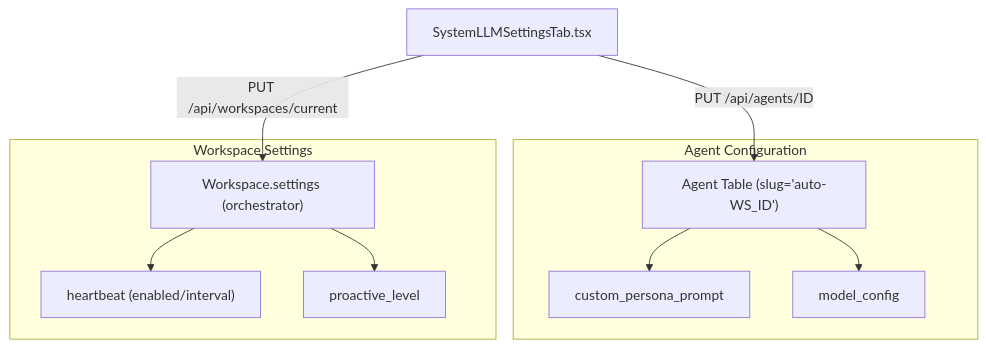
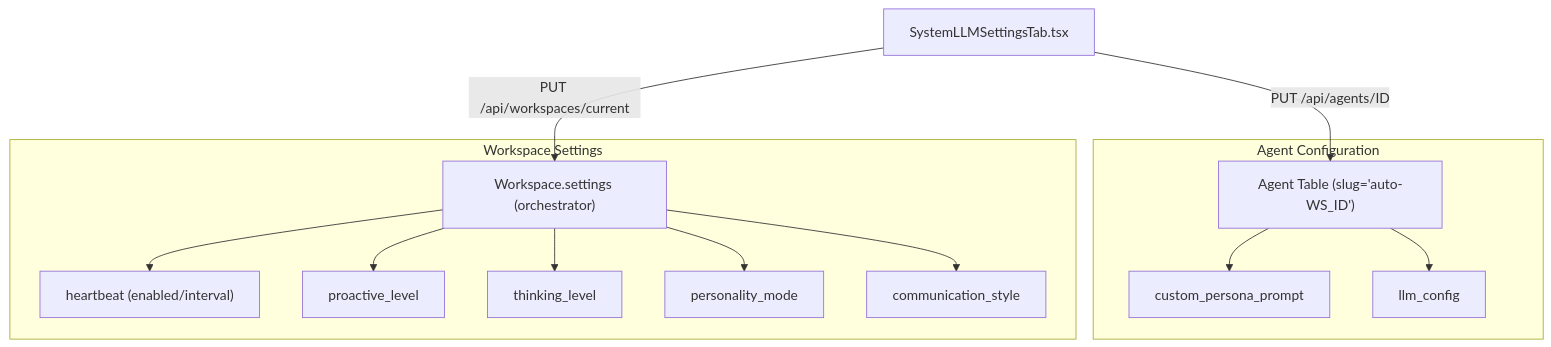
Before and after one commit to AutomatosAI/automatos-ai: the third of 4 diagrams in docs/authentication-multi-tenancy/workspace-management.md, drawn with Mermaid. The commit also changed other lines of this file and 191 other files, not shown here.

````diff
--- a/docs/authentication-multi-tenancy/workspace-management.md
+++ b/docs/authentication-multi-tenancy/workspace-management.md
@@ -167,19 +159,22 @@
 ```mermaid
 graph TD
     UI["SystemLLMSettingsTab.tsx"]
     AgentRow["Agent Table (slug='auto-WS_ID')"]
     WSSettings["Workspace.settings (orchestrator)"]
 
     UI -->|PUT /api/agents/ID| AgentRow
     UI -->|PUT /api/workspaces/current| WSSettings
 
     subgraph "Agent Configuration"
         AgentRow --> Personality["custom_persona_prompt"]
-        AgentRow --> LLM["model_config"]
+        AgentRow --> LLM["llm_config"]
     end
 
     subgraph "Workspace Settings"
         WSSettings --> HB["heartbeat (enabled/interval)"]
         WSSettings --> Proactive["proactive_level"]
+        WSSettings --> Thinking["thinking_level"]
+        WSSettings --> PersonalityMode["personality_mode"]
+        WSSettings --> CommunicationStyle["communication_style"]
     end
 ```
````
